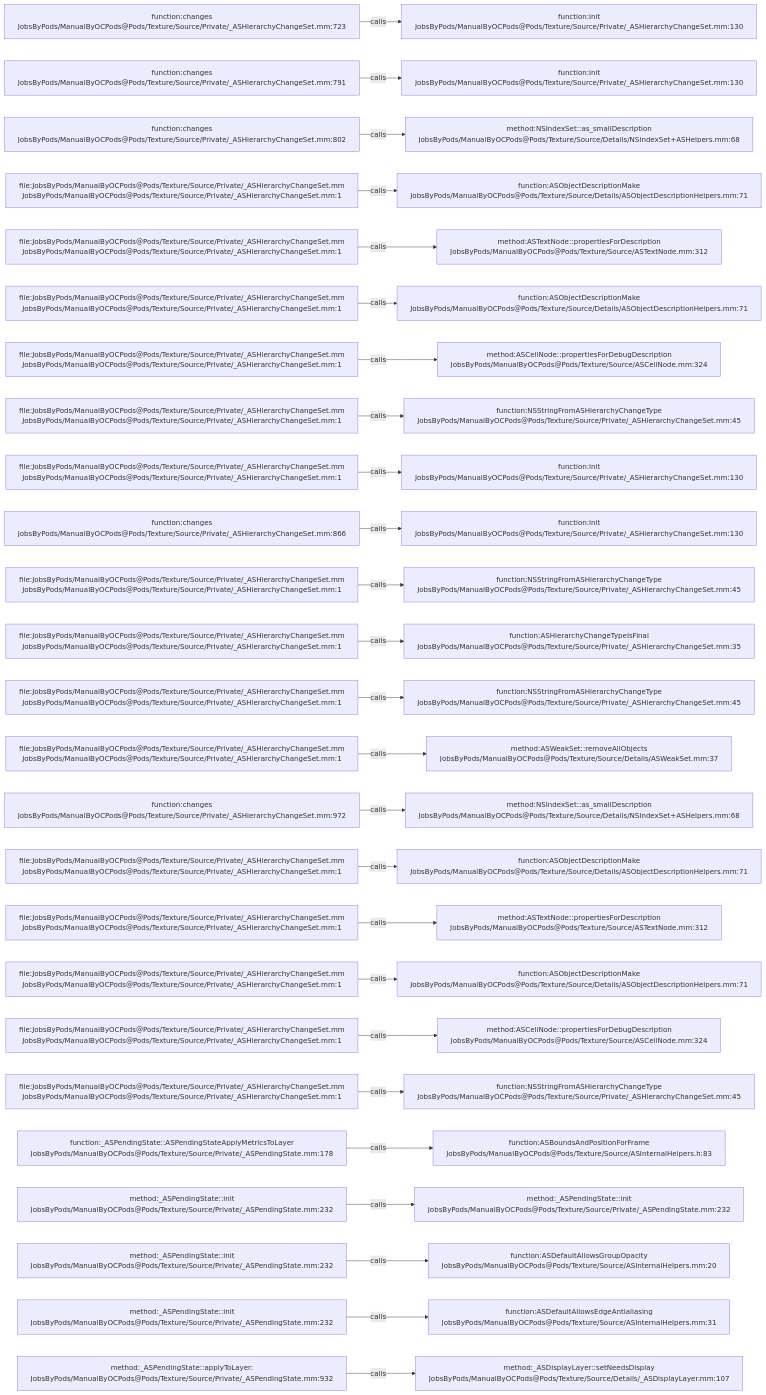
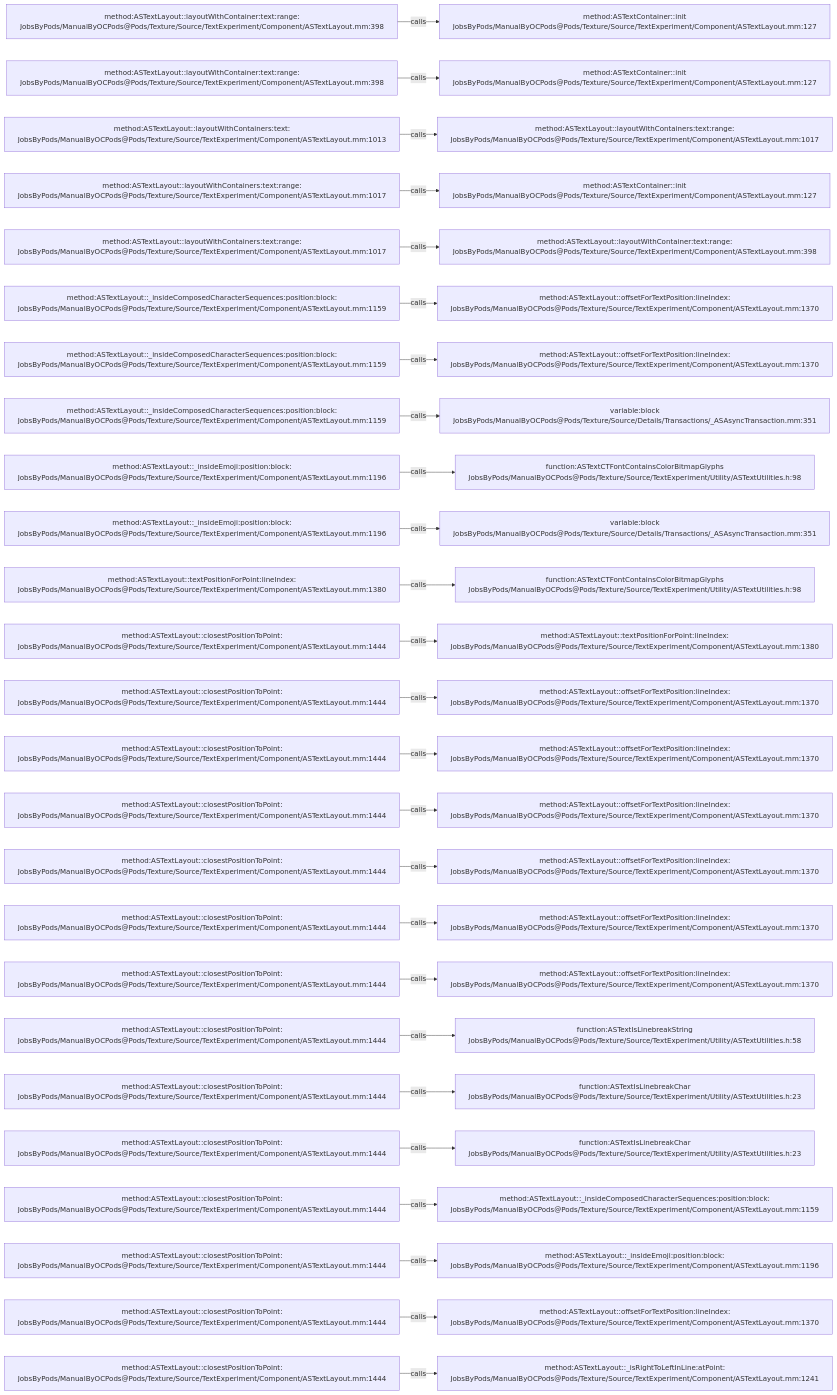
One commit to JobsKits/JobsOCBaseConfigDemo changed the diagram in .codegraph/codegraph.md/graphs/calls-200.md. Above: the diagram before and after it, drawn with Mermaid. The commit also changed 1353 other files, not shown here.

````diff
--- a/.codegraph/codegraph.md/graphs/calls-200.md
+++ b/.codegraph/codegraph.md/graphs/calls-200.md
@@ -13,78 +13,78 @@
 ```mermaid
 flowchart LR
-  S1["function:changes<br/>JobsByPods/ManualByOCPods@Pods/Texture/Source/Private/_ASHierarchyChangeSet.mm:723"]
-  T1["function:init<br/>JobsByPods/ManualByOCPods@Pods/Texture/Source/Private/_ASHierarchyChangeSet.mm:130"]
+  S1["method:ASTextLayout::layoutWithContainer:text:range:<br/>JobsByPods/ManualByOCPods@Pods/Texture/Source/TextExperiment/Component/ASTextLayout.mm:398"]
+  T1["method:ASTextContainer::init<br/>JobsByPods/ManualByOCPods@Pods/Texture/Source/TextExperiment/Component/ASTextLayout.mm:127"]
   S1 -->|calls| T1
-  S2["function:changes<br/>JobsByPods/ManualByOCPods@Pods/Texture/Source/Private/_ASHierarchyChangeSet.mm:791"]
-  T2["function:init<br/>JobsByPods/ManualByOCPods@Pods/Texture/Source/Private/_ASHierarchyChangeSet.mm:130"]
+  S2["method:ASTextLayout::layoutWithContainer:text:range:<br/>JobsByPods/ManualByOCPods@Pods/Texture/Source/TextExperiment/Component/ASTextLayout.mm:398"]
+  T2["method:ASTextContainer::init<br/>JobsByPods/ManualByOCPods@Pods/Texture/Source/TextExperiment/Component/ASTextLayout.mm:127"]
   S2 -->|calls| T2
-  S3["function:changes<br/>JobsByPods/ManualByOCPods@Pods/Texture/Source/Private/_ASHierarchyChangeSet.mm:802"]
-  T3["method:NSIndexSet::as_smallDescription<br/>JobsByPods/ManualByOCPods@Pods/Texture/Source/Details/NSIndexSet+ASHelpers.mm:68"]
+  S3["method:ASTextLayout::layoutWithContainers:text:<br/>JobsByPods/ManualByOCPods@Pods/Texture/Source/TextExperiment/Component/ASTextLayout.mm:1013"]
+  T3["method:ASTextLayout::layoutWithContainers:text:range:<br/>JobsByPods/ManualByOCPods@Pods/Texture/Source/TextExperiment/Component/ASTextLayout.mm:1017"]
   S3 -->|calls| T3
-  S4["file:JobsByPods/ManualByOCPods@Pods/Texture/Source/Private/_ASHierarchyChangeSet.mm<br/>JobsByPods/ManualByOCPods@Pods/Texture/Source/Private/_ASHierarchyChangeSet.mm:1"]
-  T4["function:ASObjectDescriptionMake<br/>JobsByPods/ManualByOCPods@Pods/Texture/Source/Details/ASObjectDescriptionHelpers.mm:71"]
+  S4["method:ASTextLayout::layoutWithContainers:text:range:<br/>JobsByPods/ManualByOCPods@Pods/Texture/Source/TextExperiment/Component/ASTextLayout.mm:1017"]
+  T4["method:ASTextContainer::init<br/>JobsByPods/ManualByOCPods@Pods/Texture/Source/TextExperiment/Component/ASTextLayout.mm:127"]
   S4 -->|calls| T4
-  S5["file:JobsByPods/ManualByOCPods@Pods/Texture/Source/Private/_ASHierarchyChangeSet.mm<br/>JobsByPods/ManualByOCPods@Pods/Texture/Source/Private/_ASHierarchyChangeSet.mm:1"]
-  T5["method:ASTextNode::propertiesForDescription<br/>JobsByPods/ManualByOCPods@Pods/Texture/Source/ASTextNode.mm:312"]
+  S5["method:ASTextLayout::layoutWithContainers:text:range:<br/>JobsByPods/ManualByOCPods@Pods/Texture/Source/TextExperiment/Component/ASTextLayout.mm:1017"]
+  T5["method:ASTextLayout::layoutWithContainer:text:range:<br/>JobsByPods/ManualByOCPods@Pods/Texture/Source/TextExperiment/Component/ASTextLayout.mm:398"]
   S5 -->|calls| T5
-  S6["file:JobsByPods/ManualByOCPods@Pods/Texture/Source/Private/_ASHierarchyChangeSet.mm<br/>JobsByPods/ManualByOCPods@Pods/Texture/Source/Private/_ASHierarchyChangeSet.mm:1"]
-  T6["function:ASObjectDescriptionMake<br/>JobsByPods/ManualByOCPods@Pods/Texture/Source/Details/ASObjectDescriptionHelpers.mm:71"]
+  S6["method:ASTextLayout::_insideComposedCharacterSequences:position:block:<br/>JobsByPods/ManualByOCPods@Pods/Texture/Source/TextExperiment/Component/ASTextLayout.mm:1159"]
+  T6["method:ASTextLayout::offsetForTextPosition:lineIndex:<br/>JobsByPods/ManualByOCPods@Pods/Texture/Source/TextExperiment/Component/ASTextLayout.mm:1370"]
   S6 -->|calls| T6
-  S7["file:JobsByPods/ManualByOCPods@Pods/Texture/Source/Private/_ASHierarchyChangeSet.mm<br/>JobsByPods/ManualByOCPods@Pods/Texture/Source/Private/_ASHierarchyChangeSet.mm:1"]
-  T7["method:ASCellNode::propertiesForDebugDescription<br/>JobsByPods/ManualByOCPods@Pods/Texture/Source/ASCellNode.mm:324"]
+  S7["method:ASTextLayout::_insideComposedCharacterSequences:position:block:<br/>JobsByPods/ManualByOCPods@Pods/Texture/Source/TextExperiment/Component/ASTextLayout.mm:1159"]
+  T7["method:ASTextLayout::offsetForTextPosition:lineIndex:<br/>JobsByPods/ManualByOCPods@Pods/Texture/Source/TextExperiment/Component/ASTextLayout.mm:1370"]
   S7 -->|calls| T7
-  S8["file:JobsByPods/ManualByOCPods@Pods/Texture/Source/Private/_ASHierarchyChangeSet.mm<br/>JobsByPods/ManualByOCPods@Pods/Texture/Source/Private/_ASHierarchyChangeSet.mm:1"]
-  T8["function:NSStringFromASHierarchyChangeType<br/>JobsByPods/ManualByOCPods@Pods/Texture/Source/Private/_ASHierarchyChangeSet.mm:45"]
+  S8["method:ASTextLayout::_insideComposedCharacterSequences:position:block:<br/>JobsByPods/ManualByOCPods@Pods/Texture/Source/TextExperiment/Component/ASTextLayout.mm:1159"]
+  T8["variable:block<br/>JobsByPods/ManualByOCPods@Pods/Texture/Source/Details/Transactions/_ASAsyncTransaction.mm:351"]
   S8 -->|calls| T8
-  S9["file:JobsByPods/ManualByOCPods@Pods/Texture/Source/Private/_ASHierarchyChangeSet.mm<br/>JobsByPods/ManualByOCPods@Pods/Texture/Source/Private/_ASHierarchyChangeSet.mm:1"]
-  T9["function:init<br/>JobsByPods/ManualByOCPods@Pods/Texture/Source/Private/_ASHierarchyChangeSet.mm:130"]
+  S9["method:ASTextLayout::_insideEmoji:position:block:<br/>JobsByPods/ManualByOCPods@Pods/Texture/Source/TextExperiment/Component/ASTextLayout.mm:1196"]
+  T9["function:ASTextCTFontContainsColorBitmapGlyphs<br/>JobsByPods/ManualByOCPods@Pods/Texture/Source/TextExperiment/Utility/ASTextUtilities.h:98"]
   S9 -->|calls| T9
-  S10["function:changes<br/>JobsByPods/ManualByOCPods@Pods/Texture/Source/Private/_ASHierarchyChangeSet.mm:866"]
-  T10["function:init<br/>JobsByPods/ManualByOCPods@Pods/Texture/Source/Private/_ASHierarchyChangeSet.mm:130"]
+  S10["method:ASTextLayout::_insideEmoji:position:block:<br/>JobsByPods/ManualByOCPods@Pods/Texture/Source/TextExperiment/Component/ASTextLayout.mm:1196"]
+  T10["variable:block<br/>JobsByPods/ManualByOCPods@Pods/Texture/Source/Details/Transactions/_ASAsyncTransaction.mm:351"]
   S10 -->|calls| T10
-  S11["file:JobsByPods/ManualByOCPods@Pods/Texture/Source/Private/_ASHierarchyChangeSet.mm<br/>JobsByPods/ManualByOCPods@Pods/Texture/Source/Private/_ASHierarchyChangeSet.mm:1"]
-  T11["function:NSStringFromASHierarchyChangeType<br/>JobsByPods/ManualByOCPods@Pods/Texture/Source/Private/_ASHierarchyChangeSet.mm:45"]
+  S11["method:ASTextLayout::textPositionForPoint:lineIndex:<br/>JobsByPods/ManualByOCPods@Pods/Texture/Source/TextExperiment/Component/ASTextLayout.mm:1380"]
+  T11["function:ASTextCTFontContainsColorBitmapGlyphs<br/>JobsByPods/ManualByOCPods@Pods/Texture/Source/TextExperiment/Utility/ASTextUtilities.h:98"]
   S11 -->|calls| T11
-  S12["file:JobsByPods/ManualByOCPods@Pods/Texture/Source/Private/_ASHierarchyChangeSet.mm<br/>JobsByPods/ManualByOCPods@Pods/Texture/Source/Private/_ASHierarchyChangeSet.mm:1"]
-  T12["function:ASHierarchyChangeTypeIsFinal<br/>JobsByPods/ManualByOCPods@Pods/Texture/Source/Private/_ASHierarchyChangeSet.mm:35"]
+  S12["method:ASTextLayout::closestPositionToPoint:<br/>JobsByPods/ManualByOCPods@Pods/Texture/Source/TextExperiment/Component/ASTextLayout.mm:1444"]
+  T12["method:ASTextLayout::textPositionForPoint:lineIndex:<br/>JobsByPods/ManualByOCPods@Pods/Texture/Source/TextExperiment/Component/ASTextLayout.mm:1380"]
   S12 -->|calls| T12
-  S13["file:JobsByPods/ManualByOCPods@Pods/Texture/Source/Private/_ASHierarchyChangeSet.mm<br/>JobsByPods/ManualByOCPods@Pods/Texture/Source/Private/_ASHierarchyChangeSet.mm:1"]
-  T13["function:NSStringFromASHierarchyChangeType<br/>JobsByPods/ManualByOCPods@Pods/Texture/Source/Private/_ASHierarchyChangeSet.mm:45"]
+  S13["method:ASTextLayout::closestPositionToPoint:<br/>JobsByPods/ManualByOCPods@Pods/Texture/Source/TextExperiment/Component/ASTextLayout.mm:1444"]
+  T13["method:ASTextLayout::offsetForTextPosition:lineIndex:<br/>JobsByPods/ManualByOCPods@Pods/Texture/Source/TextExperiment/Component/ASTextLayout.mm:1370"]
   S13 -->|calls| T13
-  S14["file:JobsByPods/ManualByOCPods@Pods/Texture/Source/Private/_ASHierarchyChangeSet.mm<br/>JobsByPods/ManualByOCPods@Pods/Texture/Source/Private/_ASHierarchyChangeSet.mm:1"]
-  T14["method:ASWeakSet::removeAllObjects<br/>JobsByPods/ManualByOCPods@Pods/Texture/Source/Details/ASWeakSet.mm:37"]
+  S14["method:ASTextLayout::closestPositionToPoint:<br/>JobsByPods/ManualByOCPods@Pods/Texture/Source/TextExperiment/Component/ASTextLayout.mm:1444"]
+  T14["method:ASTextLayout::offsetForTextPosition:lineIndex:<br/>JobsByPods/ManualByOCPods@Pods/Texture/Source/TextExperiment/Component/ASTextLayout.mm:1370"]
   S14 -->|calls| T14
-  S15["function:changes<br/>JobsByPods/ManualByOCPods@Pods/Texture/Source/Private/_ASHierarchyChangeSet.mm:972"]
-  T15["method:NSIndexSet::as_smallDescription<br/>JobsByPods/ManualByOCPods@Pods/Texture/Source/Details/NSIndexSet+ASHelpers.mm:68"]
+  S15["method:ASTextLayout::closestPositionToPoint:<br/>JobsByPods/ManualByOCPods@Pods/Texture/Source/TextExperiment/Component/ASTextLayout.mm:1444"]
+  T15["method:ASTextLayout::offsetForTextPosition:lineIndex:<br/>JobsByPods/ManualByOCPods@Pods/Texture/Source/TextExperiment/Component/ASTextLayout.mm:1370"]
   S15 -->|calls| T15
-  S16["file:JobsByPods/ManualByOCPods@Pods/Texture/Source/Private/_ASHierarchyChangeSet.mm<br/>JobsByPods/ManualByOCPods@Pods/Texture/Source/Private/_ASHierarchyChangeSet.mm:1"]
-  T16["function:ASObjectDescriptionMake<br/>JobsByPods/ManualByOCPods@Pods/Texture/Source/Details/ASObjectDescriptionHelpers.mm:71"]
+  S16["method:ASTextLayout::closestPositionToPoint:<br/>JobsByPods/ManualByOCPods@Pods/Texture/Source/TextExperiment/Component/ASTextLayout.mm:1444"]
+  T16["method:ASTextLayout::offsetForTextPosition:lineIndex:<br/>JobsByPods/ManualByOCPods@Pods/Texture/Source/TextExperiment/Component/ASTextLayout.mm:1370"]
   S16 -->|calls| T16
-  S17["file:JobsByPods/ManualByOCPods@Pods/Texture/Source/Private/_ASHierarchyChangeSet.mm<br/>JobsByPods/ManualByOCPods@Pods/Texture/Source/Private/_ASHierarchyChangeSet.mm:1"]
-  T17["method:ASTextNode::propertiesForDescription<br/>JobsByPods/ManualByOCPods@Pods/Texture/Source/ASTextNode.mm:312"]
+  S17["method:ASTextLayout::closestPositionToPoint:<br/>JobsByPods/ManualByOCPods@Pods/Texture/Source/TextExperiment/Component/ASTextLayout.mm:1444"]
+  T17["method:ASTextLayout::offsetForTextPosition:lineIndex:<br/>JobsByPods/ManualByOCPods@Pods/Texture/Source/TextExperiment/Component/ASTextLayout.mm:1370"]
   S17 -->|calls| T17
-  S18["file:JobsByPods/ManualByOCPods@Pods/Texture/Source/Private/_ASHierarchyChangeSet.mm<br/>JobsByPods/ManualByOCPods@Pods/Texture/Source/Private/_ASHierarchyChangeSet.mm:1"]
-  T18["function:ASObjectDescriptionMake<br/>JobsByPods/ManualByOCPods@Pods/Texture/Source/Details/ASObjectDescriptionHelpers.mm:71"]
+  S18["method:ASTextLayout::closestPositionToPoint:<br/>JobsByPods/ManualByOCPods@Pods/Texture/Source/TextExperiment/Component/ASTextLayout.mm:1444"]
+  T18["method:ASTextLayout::offsetForTextPosition:lineIndex:<br/>JobsByPods/ManualByOCPods@Pods/Texture/Source/TextExperiment/Component/ASTextLayout.mm:1370"]
   S18 -->|calls| T18
-  S19["file:JobsByPods/ManualByOCPods@Pods/Texture/Source/Private/_ASHierarchyChangeSet.mm<br/>JobsByPods/ManualByOCPods@Pods/Texture/Source/Private/_ASHierarchyChangeSet.mm:1"]
-  T19["method:ASCellNode::propertiesForDebugDescription<br/>JobsByPods/ManualByOCPods@Pods/Texture/Source/ASCellNode.mm:324"]
+  S19["method:ASTextLayout::closestPositionToPoint:<br/>JobsByPods/ManualByOCPods@Pods/Texture/Source/TextExperiment/Component/ASTextLayout.mm:1444"]
+  T19["function:ASTextIsLinebreakString<br/>JobsByPods/ManualByOCPods@Pods/Texture/Source/TextExperiment/Utility/ASTextUtilities.h:58"]
   S19 -->|calls| T19
-  S20["file:JobsByPods/ManualByOCPods@Pods/Texture/Source/Private/_ASHierarchyChangeSet.mm<br/>JobsByPods/ManualByOCPods@Pods/Texture/Source/Private/_ASHierarchyChangeSet.mm:1"]
-  T20["function:NSStringFromASHierarchyChangeType<br/>JobsByPods/ManualByOCPods@Pods/Texture/Source/Private/_ASHierarchyChangeSet.mm:45"]
+  S20["method:ASTextLayout::closestPositionToPoint:<br/>JobsByPods/ManualByOCPods@Pods/Texture/Source/TextExperiment/Component/ASTextLayout.mm:1444"]
+  T20["function:ASTextIsLinebreakChar<br/>JobsByPods/ManualByOCPods@Pods/Texture/Source/TextExperiment/Utility/ASTextUtilities.h:23"]
   S20 -->|calls| T20
-  S21["function:_ASPendingState::ASPendingStateApplyMetricsToLayer<br/>JobsByPods/ManualByOCPods@Pods/Texture/Source/Private/_ASPendingState.mm:178"]
-  T21["function:ASBoundsAndPositionForFrame<br/>JobsByPods/ManualByOCPods@Pods/Texture/Source/ASInternalHelpers.h:83"]
+  S21["method:ASTextLayout::closestPositionToPoint:<br/>JobsByPods/ManualByOCPods@Pods/Texture/Source/TextExperiment/Component/ASTextLayout.mm:1444"]
+  T21["function:ASTextIsLinebreakChar<br/>JobsByPods/ManualByOCPods@Pods/Texture/Source/TextExperiment/Utility/ASTextUtilities.h:23"]
   S21 -->|calls| T21
-  S22["method:_ASPendingState::init<br/>JobsByPods/ManualByOCPods@Pods/Texture/Source/Private/_ASPendingState.mm:232"]
-  T22["method:_ASPendingState::init<br/>JobsByPods/ManualByOCPods@Pods/Texture/Source/Private/_ASPendingState.mm:232"]
+  S22["method:ASTextLayout::closestPositionToPoint:<br/>JobsByPods/ManualByOCPods@Pods/Texture/Source/TextExperiment/Component/ASTextLayout.mm:1444"]
+  T22["method:ASTextLayout::_insideComposedCharacterSequences:position:block:<br/>JobsByPods/ManualByOCPods@Pods/Texture/Source/TextExperiment/Component/ASTextLayout.mm:1159"]
   S22 -->|calls| T22
-  S23["method:_ASPendingState::init<br/>JobsByPods/ManualByOCPods@Pods/Texture/Source/Private/_ASPendingState.mm:232"]
-  T23["function:ASDefaultAllowsGroupOpacity<br/>JobsByPods/ManualByOCPods@Pods/Texture/Source/ASInternalHelpers.mm:20"]
+  S23["method:ASTextLayout::closestPositionToPoint:<br/>JobsByPods/ManualByOCPods@Pods/Texture/Source/TextExperiment/Component/ASTextLayout.mm:1444"]
+  T23["method:ASTextLayout::_insideEmoji:position:block:<br/>JobsByPods/ManualByOCPods@Pods/Texture/Source/TextExperiment/Component/ASTextLayout.mm:1196"]
   S23 -->|calls| T23
-  S24["method:_ASPendingState::init<br/>JobsByPods/ManualByOCPods@Pods/Texture/Source/Private/_ASPendingState.mm:232"]
-  T24["function:ASDefaultAllowsEdgeAntialiasing<br/>JobsByPods/ManualByOCPods@Pods/Texture/Source/ASInternalHelpers.mm:31"]
+  S24["method:ASTextLayout::closestPositionToPoint:<br/>JobsByPods/ManualByOCPods@Pods/Texture/Source/TextExperiment/Component/ASTextLayout.mm:1444"]
+  T24["method:ASTextLayout::offsetForTextPosition:lineIndex:<br/>JobsByPods/ManualByOCPods@Pods/Texture/Source/TextExperiment/Component/ASTextLayout.mm:1370"]
   S24 -->|calls| T24
-  S25["method:_ASPendingState::applyToLayer:<br/>JobsByPods/ManualByOCPods@Pods/Texture/Source/Private/_ASPendingState.mm:932"]
-  T25["method:_ASDisplayLayer::setNeedsDisplay<br/>JobsByPods/ManualByOCPods@Pods/Texture/Source/Details/_ASDisplayLayer.mm:107"]
+  S25["method:ASTextLayout::closestPositionToPoint:<br/>JobsByPods/ManualByOCPods@Pods/Texture/Source/TextExperiment/Component/ASTextLayout.mm:1444"]
+  T25["method:ASTextLayout::_isRightToLeftInLine:atPoint:<br/>JobsByPods/ManualByOCPods@Pods/Texture/Source/TextExperiment/Component/ASTextLayout.mm:1241"]
   S25 -->|calls| T25
 ```
````
